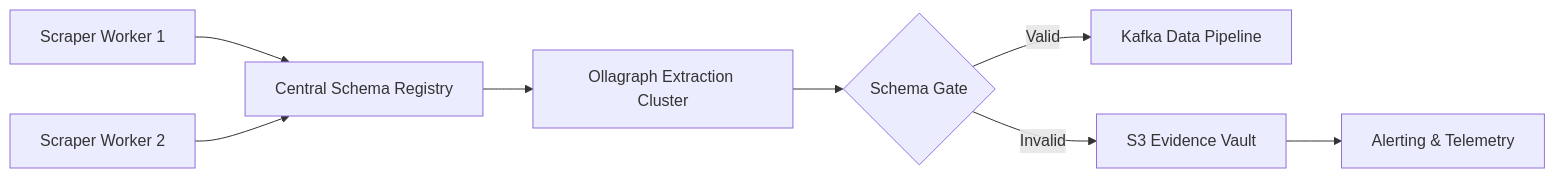
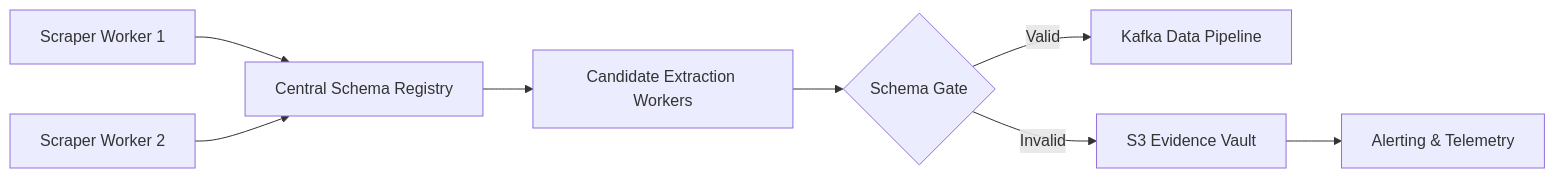
The third of 3 diagrams in src/content/blog/why-schema-driven-extraction-beats-css-selectors-for-web-scraping.md (vikasswaminh/ollagraph-marketing), drawn with Mermaid before and after one commit. The commit also changed other lines of this file and 94 other files, not shown here.

````diff
--- a/src/content/blog/why-schema-driven-extraction-beats-css-selectors-for-web-scraping.md
+++ b/src/content/blog/why-schema-driven-extraction-beats-css-selectors-for-web-scraping.md
@@ -420,10 +425,10 @@
 ```mermaid
 graph LR
     Sub1[Scraper Worker 1] --> SR[Central Schema Registry]
     Sub2[Scraper Worker 2] --> SR
-    SR --> Engine[Ollagraph Extraction Cluster]
+    SR --> Engine[Candidate Extraction Workers]
     Engine --> Gate{Schema Gate}
     Gate -- Valid --> Kafka[Kafka Data Pipeline]
     Gate -- Invalid --> Storage[S3 Evidence Vault]
     Storage --> PagerDuty[Alerting & Telemetry]
 ```
````
